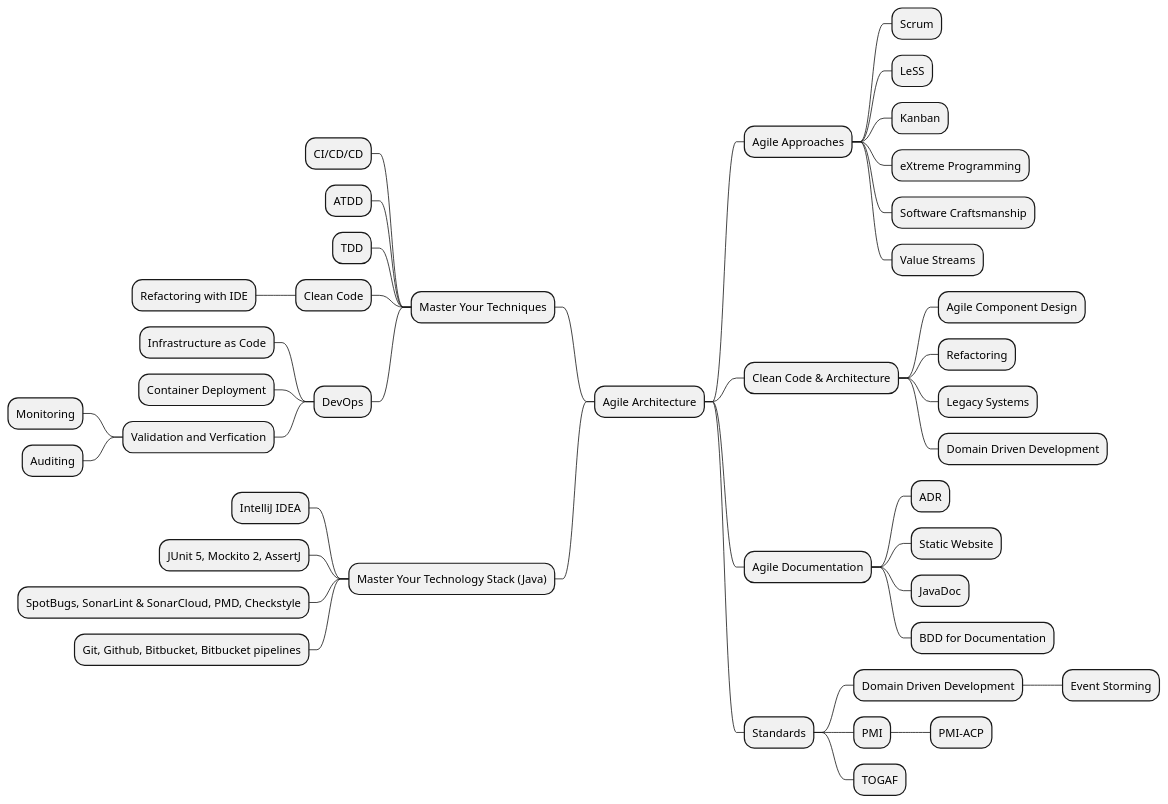
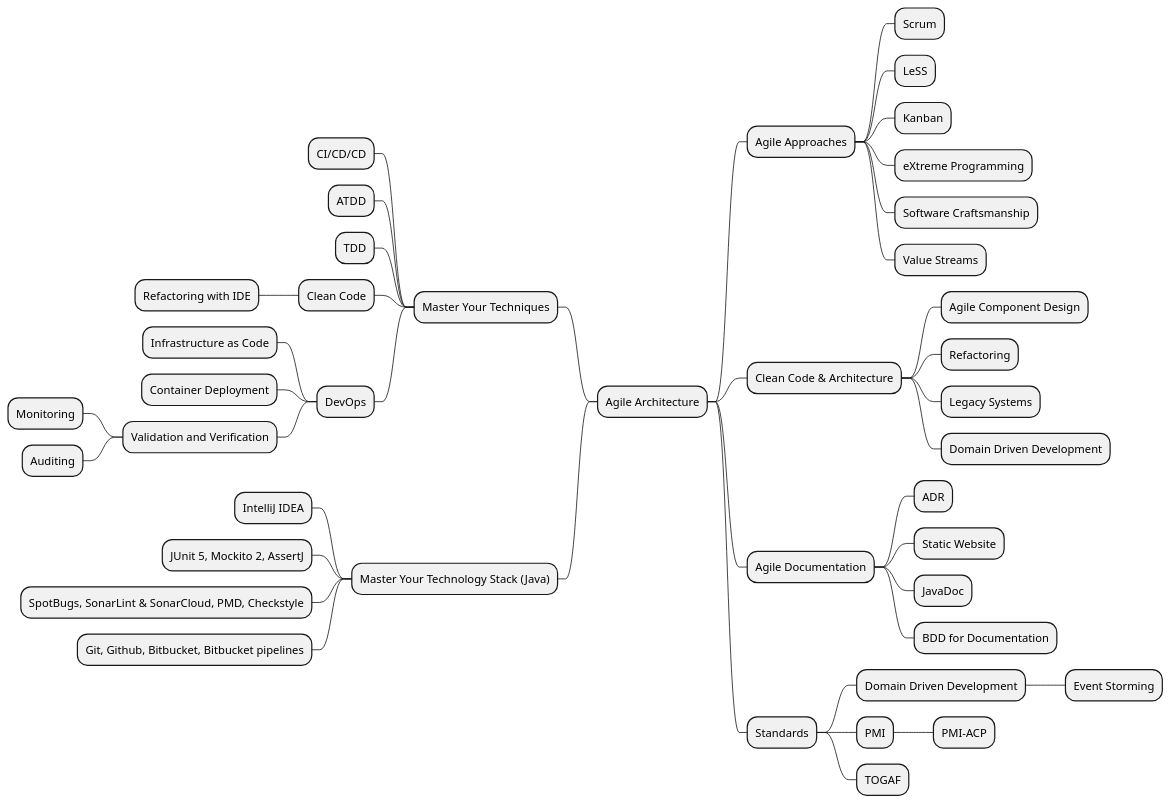
One commit to tangly-team/tangly-os changed the diagram in src/site/website/content/ideas/agileArchitecture.adoc. Above: the diagram before and after it, drawn with PlantUML. The commit also changed other lines of this file and 49 other files, not shown here.

```diff
--- a/src/site/website/content/ideas/agileArchitecture.adoc
+++ b/src/site/website/content/ideas/agileArchitecture.adoc
@@ -102,46 +102,46 @@
 [plantuml,agile-architecture-mindmap,svg]
 ----
 @startmindmap
 + Agile Architecture
 ++ Agile Approaches
 +++ Scrum
 +++ LeSS
 +++ Kanban
 +++ eXtreme Programming
 +++ Software Craftsmanship
 +++ Value Streams
 ++ Clean Code & Architecture
 +++ Agile Component Design
 +++ Refactoring
 +++ Legacy Systems
 +++ Domain Driven Development
 ++ Agile Documentation
 +++ ADR
 +++ Static Website
 +++ JavaDoc
 +++ BDD for Documentation
 ++ Standards
 +++ Domain Driven Development
 ++++ Event Storming
 +++ PMI
 ++++ PMI-ACP
 +++ TOGAF
 -- Master Your Techniques
 --- CI/CD/CD
 --- ATDD
 --- TDD
 --- Clean Code
 ---- Refactoring with IDE
 --- DevOps
 ---- Infrastructure as Code
 ---- Container Deployment
----- Validation and Verfication
+---- Validation and Verification
 ----- Monitoring
 ----- Auditing
 -- Master Your Technology Stack (Java)
 --- IntelliJ IDEA
 --- JUnit 5, Mockito 2, AssertJ
 --- SpotBugs, SonarLint & SonarCloud, PMD, Checkstyle
 --- Git, Github, Bitbucket, Bitbucket pipelines
 @endmindmap
 ----
```
